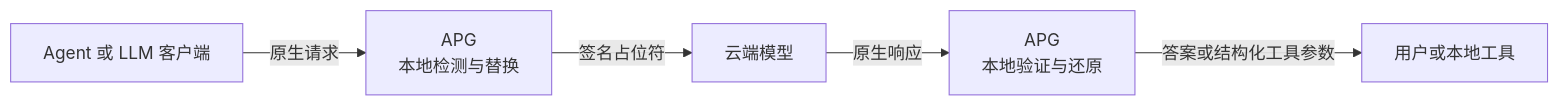
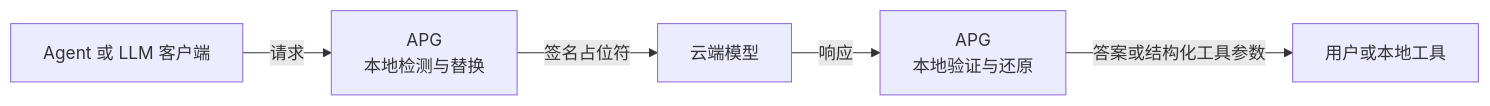
Before and after one commit to HKUDS/PrivacyFlow: the diagram in README_zh.md, drawn with Mermaid. The commit also changed other lines of this file and 1 other file, not shown here.

Commit message:
Clarify APG motivation in documentation

````diff
--- a/README_zh.md
+++ b/README_zh.md
@@ -73,7 +78,7 @@
 ```mermaid
 flowchart LR
-    A["Agent 或 LLM 客户端"] -->|"原生请求"| B["APG<br/>本地检测与替换"]
+    A["Agent 或 LLM 客户端"] -->|"请求"| B["APG<br/>本地检测与替换"]
     B -->|"签名占位符"| C["云端模型"]
-    C -->|"原生响应"| D["APG<br/>本地验证与还原"]
+    C -->|"响应"| D["APG<br/>本地验证与还原"]
     D -->|"答案或结构化工具参数"| E["用户或本地工具"]
 ```
````
